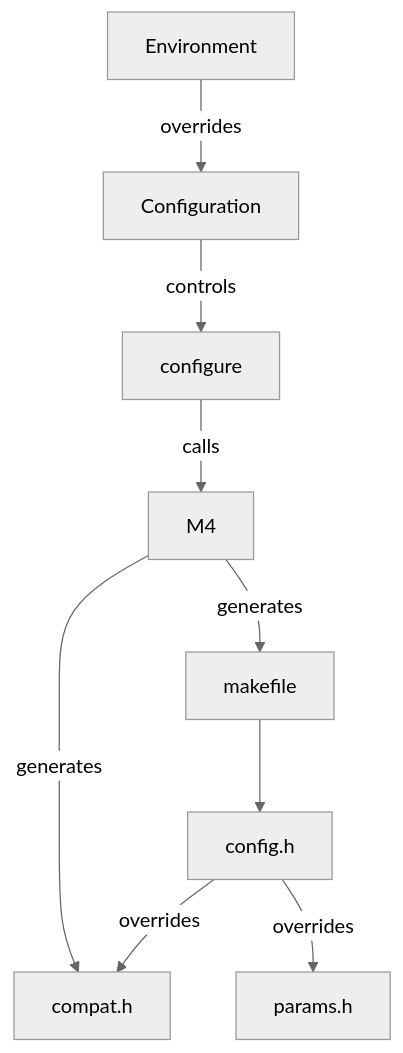
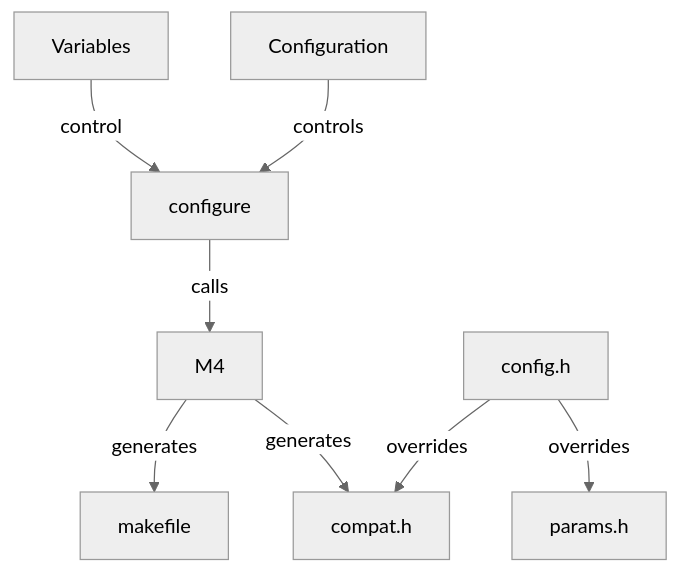
The diagram in docs/build.md (odkr/sucgi), drawn with Mermaid (neutral theme) before and after one commit. The commit also changed other lines of this file and 13 other files, not shown here.

````diff
--- a/docs/build.md
+++ b/docs/build.md
@@ -83,16 +88,14 @@
 ```mermaid
 graph TD
 
-Environment --> |overrides| Configuration
+Variables --> |control| configure
 Configuration --> |controls| configure
 
 configure --> |calls| M4
 
 M4 --> |generates| makefile
 M4 --> |generates| compat.h
 
-makefile -->
-
 config.h --> |overrides| compat.h
 config.h --> |overrides| params.h
 ```
````
